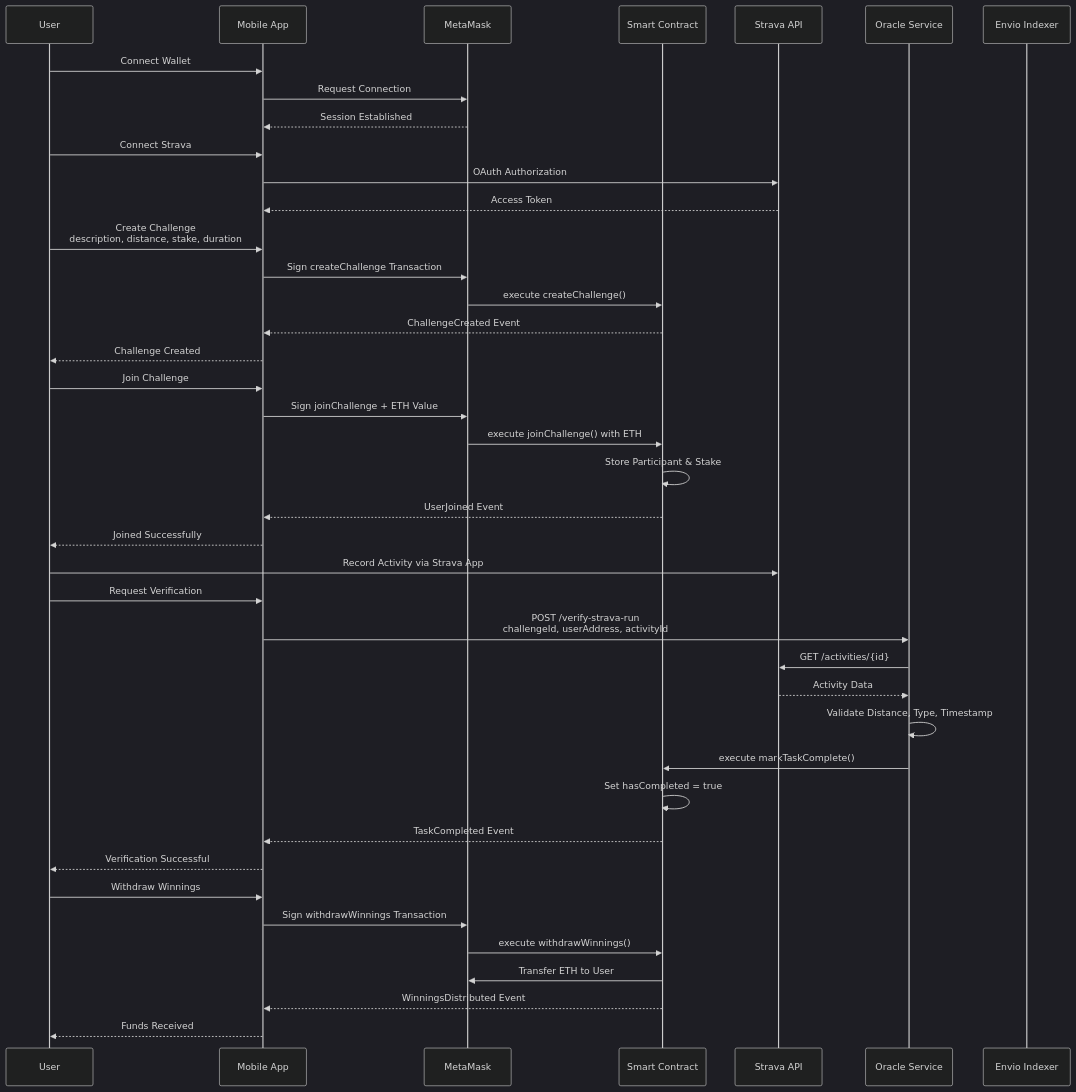
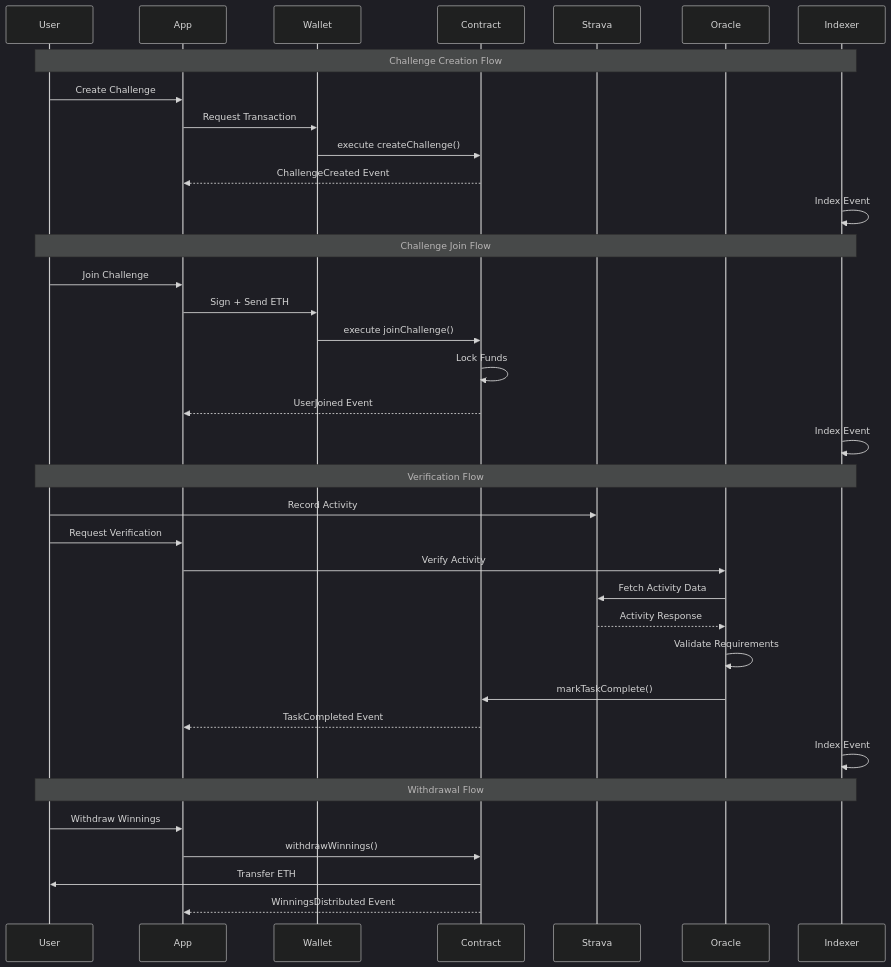
The second of 4 diagrams in README.md (Kushagra1122/fitStake), drawn with Mermaid (dark theme) before and after one commit. The commit also changed other lines of this file, not shown here.

````diff
--- a/README.md
+++ b/README.md
@@ -86,49 +153,42 @@
 ```mermaid
 sequenceDiagram
-    participant U as User
-    participant A as Mobile App
-    participant W as MetaMask
-    participant SC as Smart Contract
-    participant S as Strava API
-    participant O as Oracle Service
-    participant E as Envio Indexer
+    participant User
+    participant App
+    participant Wallet
+    participant Contract
+    participant Strava
+    participant Oracle
+    participant Indexer
     
-    U->>A: Connect Wallet
-    A->>W: Request Connection
-    W-->>A: Session Established
+    Note over User,Indexer: Challenge Creation Flow
+    User->>App: Create Challenge
+    App->>Wallet: Request Transaction
+    Wallet->>Contract: execute createChallenge()
+    Contract-->>App: ChallengeCreated Event
+    Indexer->>Indexer: Index Event
     
-    U->>A: Connect Strava
-    A->>S: OAuth Authorization
-    S-->>A: Access Token
+    Note over User,Indexer: Challenge Join Flow
+    User->>App: Join Challenge
+    App->>Wallet: Sign + Send ETH
+    Wallet->>Contract: execute joinChallenge()
+    Contract->>Contract: Lock Funds
+    Contract-->>App: UserJoined Event
+    Indexer->>Indexer: Index Event
     
-    U->>A: Create Challenge<br/>description, distance, stake, duration
-    A->>W: Sign createChallenge Transaction
-    W->>SC: execute createChallenge()
-    SC-->>A: ChallengeCreated Event
-    A-->>U: Challenge Created
+    Note over User,Indexer: Verification Flow
+    User->>Strava: Record Activity
+    User->>App: Request Verification
+    App->>Oracle: Verify Activity
+    Oracle->>Strava: Fetch Activity Data
+    Strava-->>Oracle: Activity Response
+    Oracle->>Oracle: Validate Requirements
+    Oracle->>Contract: markTaskComplete()
+    Contract-->>App: TaskCompleted Event
+    Indexer->>Indexer: Index Event
     
-    U->>A: Join Challenge
-    A->>W: Sign joinChallenge + ETH Value
-    W->>SC: execute joinChallenge() with ETH
-    SC->>SC: Store Participant & Stake
-    SC-->>A: UserJoined Event
-    A-->>U: Joined Successfully
-    
-    U->>S: Record Activity via Strava App
-    U->>A: Request Verification
-    A->>O: POST /verify-strava-run<br/>challengeId, userAddress, activityId
-    O->>S: GET /activities/{id}
-    S-->>O: Activity Data
-    O->>O: Validate Distance, Type, Timestamp
-    O->>SC: execute markTaskComplete()
-    SC->>SC: Set hasCompleted = true
-    SC-->>A: TaskCompleted Event
-    A-->>U: Verification Successful
-    
-    U->>A: Withdraw Winnings
-    A->>W: Sign withdrawWinnings Transaction
-    W->>SC: execute withdrawWinnings()
-    SC->>W: Transfer ETH to User
-    SC-->>A: WinningsDistributed Event
-    A-->>U: Funds Received
+    Note over User,Indexer: Withdrawal Flow
+    User->>App: Withdraw Winnings
+    App->>Contract: withdrawWinnings()
+    Contract->>User: Transfer ETH
+    Contract-->>App: WinningsDistributed Event
 ```
````
